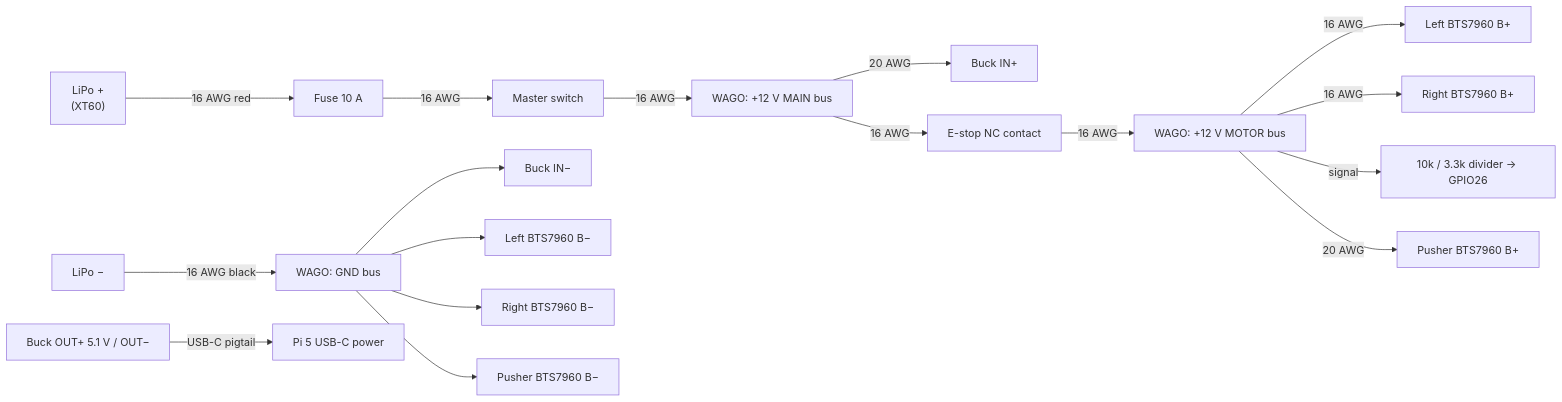
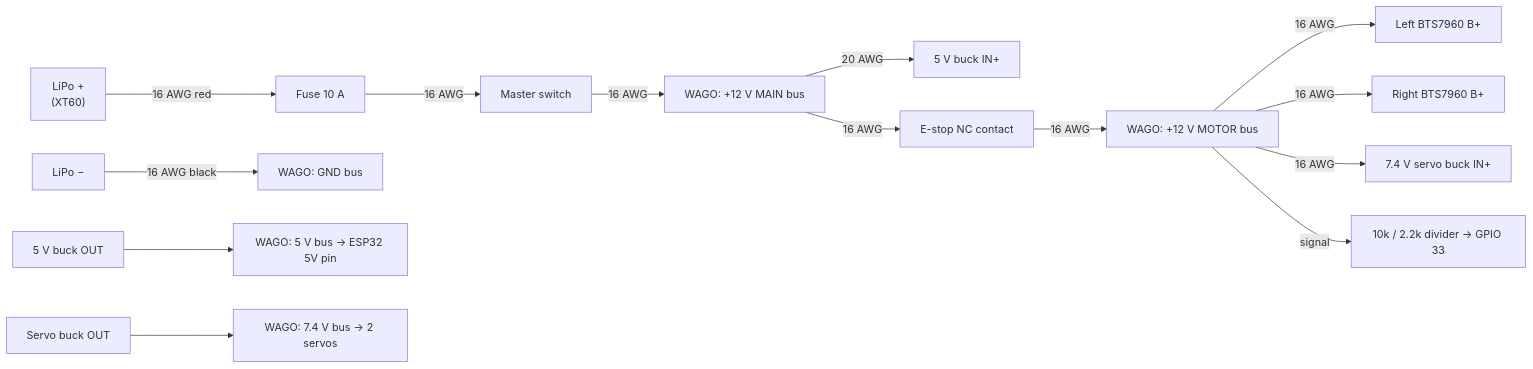
One commit to ahmedoab/cargo_robot changed the second of 3 diagrams in BUILD_GUIDE.md. Above: the diagram before and after it, drawn with Mermaid. The commit also changed other lines of this file and 233 other files, not shown here.

````diff
--- a/BUILD_GUIDE.md
+++ b/BUILD_GUIDE.md
@@ -604,16 +500,13 @@
 ```mermaid
 flowchart LR
   B["LiPo +<br/>(XT60)"] -->|16 AWG red| F["Fuse 10 A"] -->|16 AWG| S["Master switch"] -->|16 AWG| P12["WAGO: +12 V MAIN bus"]
-  P12 -->|20 AWG| BI["Buck IN+"]
+  P12 -->|20 AWG| BI["5 V buck IN+"]
   P12 -->|16 AWG| E["E-stop NC contact"] -->|16 AWG| M12["WAGO: +12 V MOTOR bus"]
   M12 -->|16 AWG| DL["Left BTS7960 B+"]
   M12 -->|16 AWG| DR["Right BTS7960 B+"]
-  M12 -->|signal| DIV["10k / 3.3k divider → GPIO26"]
-  M12 -->|20 AWG| DP["Pusher BTS7960 B+"]
+  M12 -->|16 AWG| SB["7.4 V servo buck IN+"]
+  M12 -->|signal| DIV["10k / 2.2k divider → GPIO 33"]
   BN["LiPo −"] -->|16 AWG black| G["WAGO: GND bus"]
-  G --> BIN["Buck IN−"]
-  G --> DLN["Left BTS7960 B−"]
-  G --> DRN["Right BTS7960 B−"]
-  G --> DPN["Pusher BTS7960 B−"]
-  BO["Buck OUT+ 5.1 V / OUT−"] -->|USB-C pigtail| PI["Pi 5 USB-C power"]
+  BO["5 V buck OUT"] --> V5["WAGO: 5 V bus → ESP32 5V pin"]
+  SO["Servo buck OUT"] --> V7["WAGO: 7.4 V bus → 2 servos"]
 ```
````
